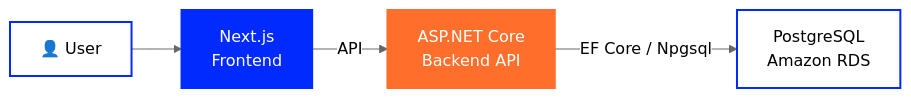
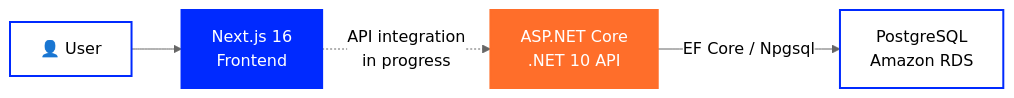
One commit to tr3ba/.github changed the first of 2 diagrams in profile/README.md. Above: the diagram before and after it, drawn with Mermaid (neutral theme). The commit also changed other lines of this file, not shown here.

````diff
--- a/profile/README.md
+++ b/profile/README.md
@@ -234,17 +303,19 @@
 ```mermaid
 flowchart LR
 
     USER["👤 User"]
-    FRONT["Next.js<br/>Frontend"]
-    API["ASP.NET Core<br/>Backend API"]
+    FRONT["Next.js 16<br/>Frontend"]
+    API["ASP.NET Core<br/>.NET 10 API"]
     DB["PostgreSQL<br/>Amazon RDS"]
 
     USER --> FRONT
-    FRONT -->|API| API
-    API -->|EF Core / Npgsql| DB
+
+    FRONT -.->|"API integration<br/>in progress"| API
+
+    API -->|"EF Core / Npgsql"| DB
 
     style USER fill:#ffffff,color:#000000,stroke:#002AFF,stroke-width:2px
     style FRONT fill:#002AFF,color:#ffffff,stroke:#002AFF,stroke-width:2px
     style API fill:#FF6E2A,color:#ffffff,stroke:#FF6E2A,stroke-width:2px
     style DB fill:#ffffff,color:#000000,stroke:#002AFF,stroke-width:2px
 ```
````
